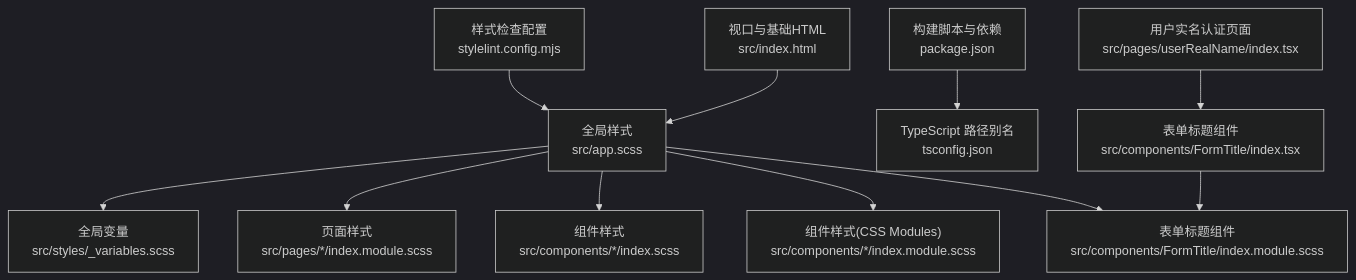
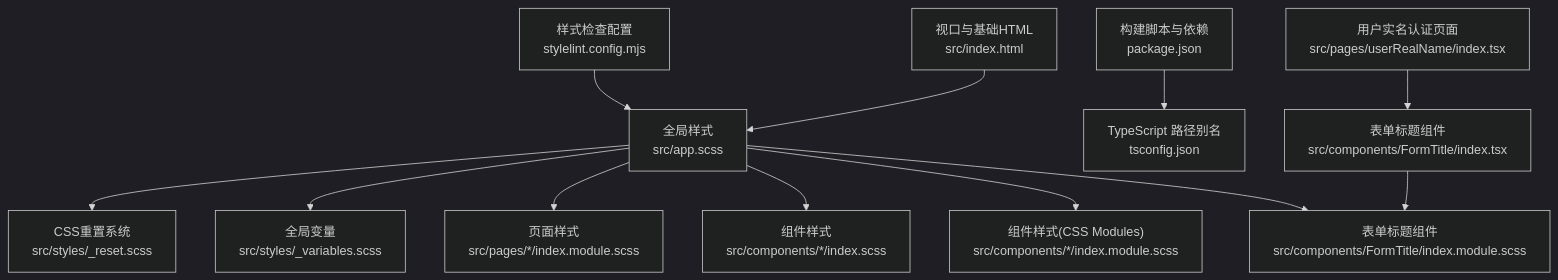
The first of 6 diagrams in .qoder/repowiki/zh/content/样式系统/样式系统.md (zuolinbao/redbook), drawn with Mermaid (dark theme) before and after one commit. The commit also changed other lines of this file and 10 other files, not shown here.

````diff
--- a/.qoder/repowiki/zh/content/样式系统/样式系统.md
+++ b/.qoder/repowiki/zh/content/样式系统/样式系统.md
@@ -68,13 +73,14 @@
 ```mermaid
 graph TB
-A["全局样式<br/>src/app.scss"] --> B["全局变量<br/>src/styles/_variables.scss"]
-A --> C["页面样式<br/>src/pages/*/index.module.scss"]
-A --> D["组件样式<br/>src/components/*/index.scss"]
-A --> E["组件样式(CSS Modules)<br/>src/components/*/index.module.scss"]
-A --> F["表单标题组件<br/>src/components/FormTitle/index.module.scss"]
-G["构建脚本与依赖<br/>package.json"] --> H["TypeScript 路径别名<br/>tsconfig.json"]
-I["样式检查配置<br/>stylelint.config.mjs"] --> A
-J["视口与基础HTML<br/>src/index.html"] --> A
-K["表单标题组件<br/>src/components/FormTitle/index.tsx"] --> F
-L["用户实名认证页面<br/>src/pages/userRealName/index.tsx"] --> K
+A["全局样式<br/>src/app.scss"] --> B["CSS重置系统<br/>src/styles/_reset.scss"]
+A --> C["全局变量<br/>src/styles/_variables.scss"]
+A --> D["页面样式<br/>src/pages/*/index.module.scss"]
+A --> E["组件样式<br/>src/components/*/index.scss"]
+A --> F["组件样式(CSS Modules)<br/>src/components/*/index.module.scss"]
+A --> G["表单标题组件<br/>src/components/FormTitle/index.module.scss"]
+H["构建脚本与依赖<br/>package.json"] --> I["TypeScript 路径别名<br/>tsconfig.json"]
+J["样式检查配置<br/>stylelint.config.mjs"] --> A
+K["视口与基础HTML<br/>src/index.html"] --> A
+L["表单标题组件<br/>src/components/FormTitle/index.tsx"] --> G
+M["用户实名认证页面<br/>src/pages/userRealName/index.tsx"] --> L
 ```
````
